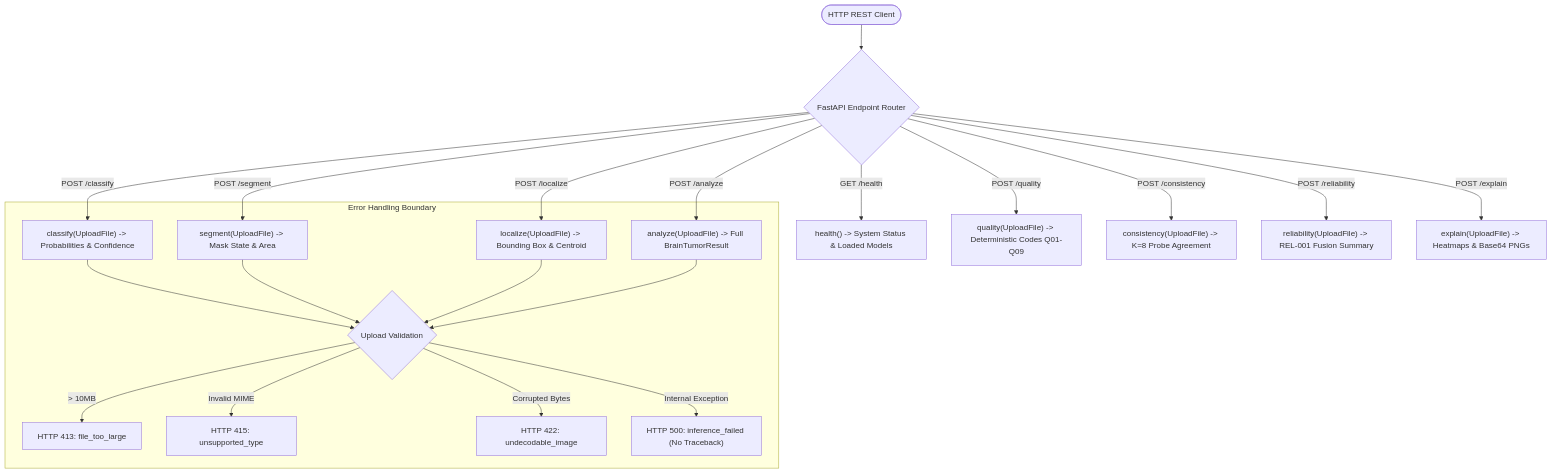
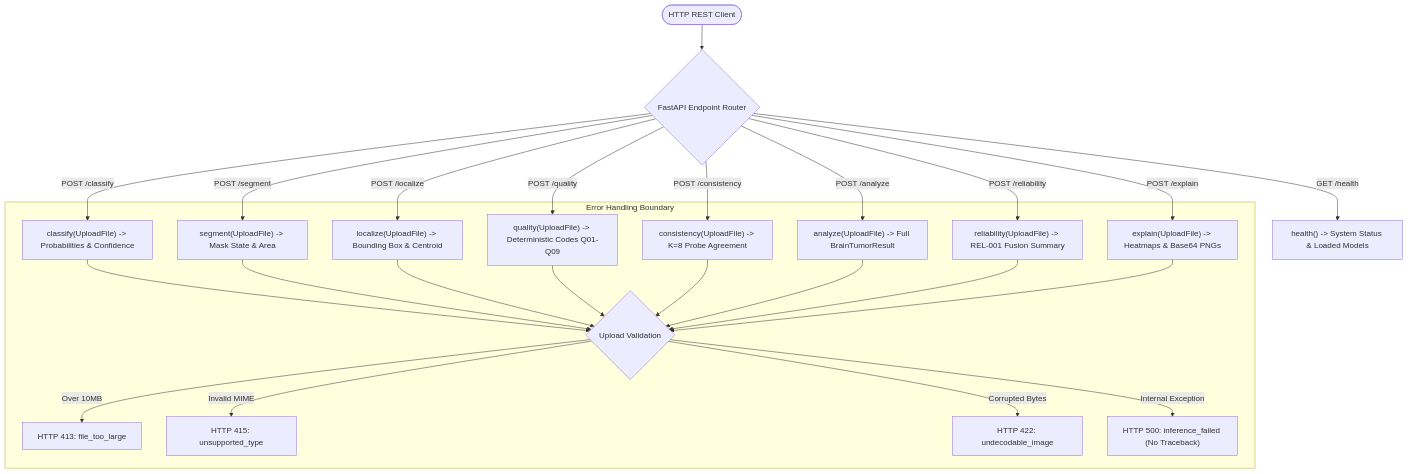
One commit to NeutronZero/BrainTumor-MajorProject changed diagram 13 of 22 in docs/architecture/system_architecture_specification.md. Above: the diagram before and after it, drawn with Mermaid. The commit also changed other lines of this file and 45 other files, not shown here.

````diff
--- a/docs/architecture/system_architecture_specification.md
+++ b/docs/architecture/system_architecture_specification.md
@@ -835,22 +838,22 @@
 ```mermaid
 flowchart TD
     Client(["HTTP REST Client"]) --> Router{"FastAPI Endpoint Router"}
 
     Router -->|GET /health| H_Health["health() -> System Status & Loaded Models"]
     Router -->|POST /classify| H_Classify["classify(UploadFile) -> Probabilities & Confidence"]
     Router -->|POST /segment| H_Segment["segment(UploadFile) -> Mask State & Area"]
     Router -->|POST /localize| H_Localize["localize(UploadFile) -> Bounding Box & Centroid"]
     Router -->|POST /quality| H_Quality["quality(UploadFile) -> Deterministic Codes Q01-Q09"]
     Router -->|POST /consistency| H_Consistency["consistency(UploadFile) -> K=8 Probe Agreement"]
     Router -->|POST /analyze| H_Analyze["analyze(UploadFile) -> Full BrainTumorResult"]
     Router -->|POST /reliability| H_Reliability["reliability(UploadFile) -> REL-001 Fusion Summary"]
     Router -->|POST /explain| H_Explain["explain(UploadFile) -> Heatmaps & Base64 PNGs"]
 
     subgraph Error Handling Boundary
-        H_Classify & H_Segment & H_Localize & H_Analyze --> ErrCheck{"Upload Validation"}
-        ErrCheck -->|> 10MB| E413["HTTP 413: file_too_large"]
+        H_Classify & H_Segment & H_Localize & H_Quality & H_Consistency & H_Analyze & H_Reliability & H_Explain --> ErrCheck{"Upload Validation"}
+        ErrCheck -->|Over 10MB| E413["HTTP 413: file_too_large"]
         ErrCheck -->|Invalid MIME| E415["HTTP 415: unsupported_type"]
         ErrCheck -->|Corrupted Bytes| E422["HTTP 422: undecodable_image"]
         ErrCheck -->|Internal Exception| E500["HTTP 500: inference_failed (No Traceback)"]
     end
 ```
````
